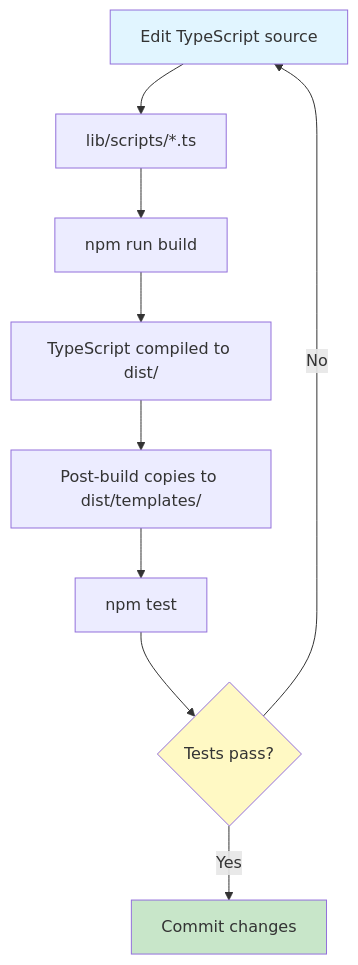
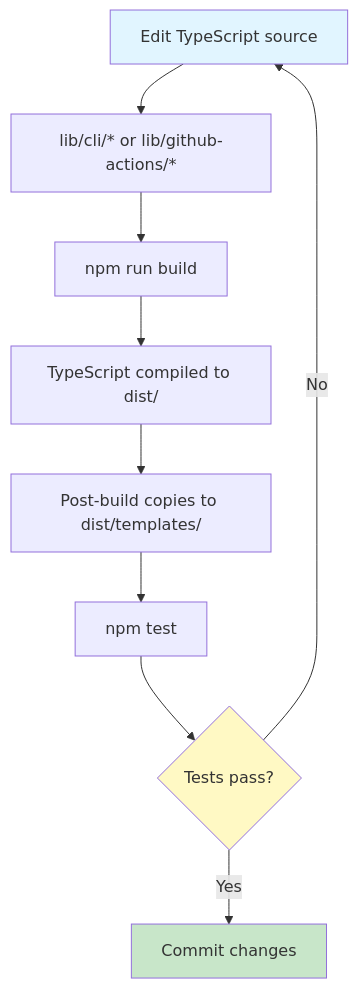
One commit to carolinapowers/vue-tdd-automation changed the third of 4 diagrams in docs/ARCHITECTURE.md. Above: the diagram before and after it, drawn with Mermaid. The commit also changed other lines of this file and 4 other files, not shown here.

````diff
--- a/docs/ARCHITECTURE.md
+++ b/docs/ARCHITECTURE.md
@@ -170,15 +175,15 @@
 ```mermaid
 graph TD
-    A[Edit TypeScript source] --> B[lib/scripts/*.ts]
+    A[Edit TypeScript source] --> B[lib/cli/* or lib/github-actions/*]
     B --> C[npm run build]
     C --> D[TypeScript compiled to dist/]
     D --> E[Post-build copies to dist/templates/]
     E --> F[npm test]
     F --> G{Tests pass?}
     G -->|Yes| H[Commit changes]
     G -->|No| A
 
     style A fill:#e1f5ff
     style H fill:#c8e6c9
     style G fill:#fff9c4
 ```
````
